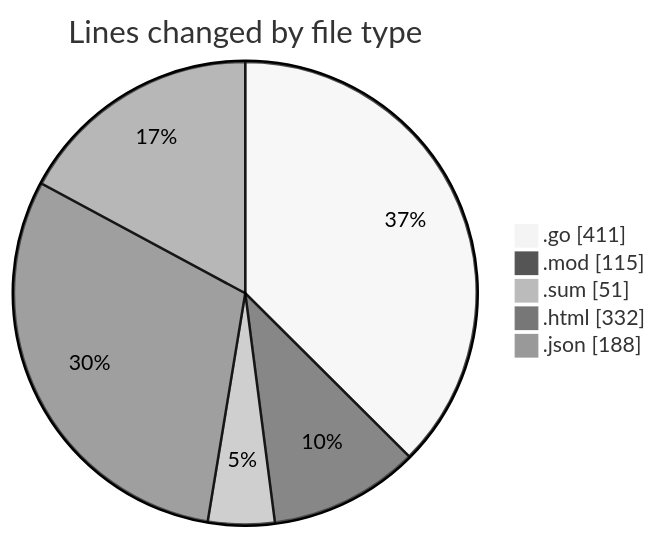
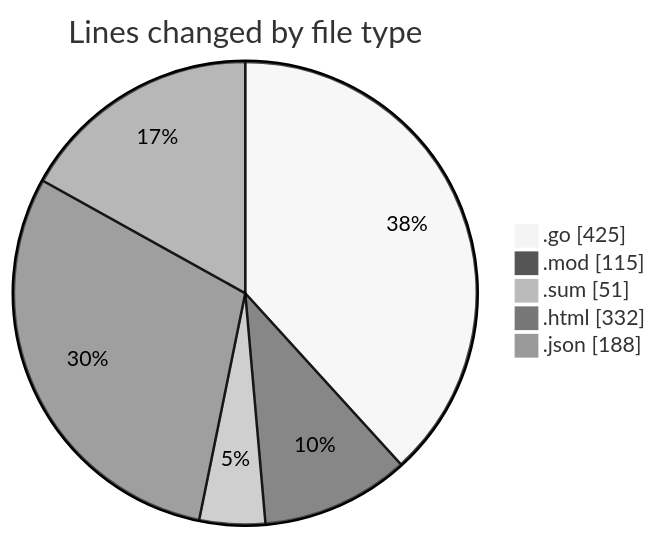
Before and after one commit to Ritupan-Deka/code-tracking: the first of 2 diagrams in 2025-11-01/backend/README.md, drawn with Mermaid (neutral theme). The commit also changed other lines of this file and 1 other file, not shown here.

````diff
--- a/2025-11-01/backend/README.md
+++ b/2025-11-01/backend/README.md
@@ -34,9 +34,9 @@
 ```mermaid
 pie showData
 title Lines changed by file type
-".go" : 411
+".go" : 425
 ".mod" : 115
 ".sum" : 51
 ".html" : 332
 ".json" : 188
 ```
````
